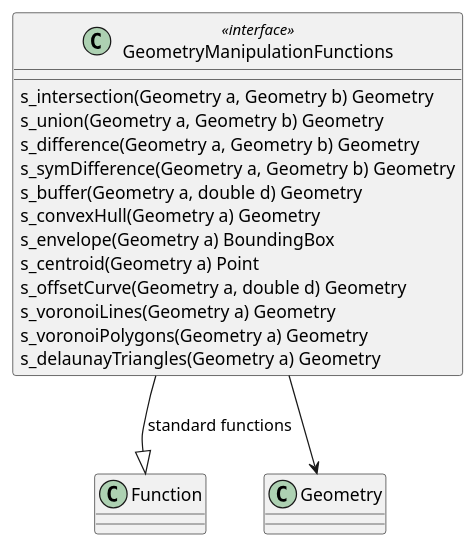
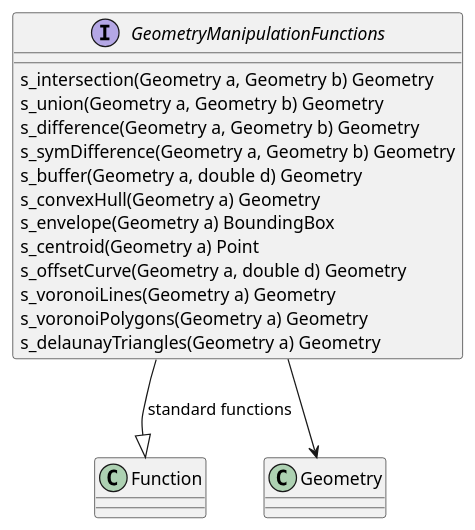
Before and after one commit to opengeospatial/styles-and-symbology: the ninth of 10 diagrams in core/sections/clause_18_functions.adoc, drawn with PlantUML. The commit also changed other lines of this file and 8 other files, not shown here.

Commit message:
correction to plantuml naming conventions

```diff
--- a/core/sections/clause_18_functions.adoc
+++ b/core/sections/clause_18_functions.adoc
@@ -571,18 +571,18 @@
 [plantuml, target=diagram-classes, format=png]
 ....
-class GeometryManipulationFunctions <<interface>>
+interface GeometryManipulationFunctions
 GeometryManipulationFunctions --|> Function : standard functions
 GeometryManipulationFunctions : s_intersection(Geometry a, Geometry b) Geometry
 GeometryManipulationFunctions : s_union(Geometry a, Geometry b) Geometry
 GeometryManipulationFunctions : s_difference(Geometry a, Geometry b) Geometry
 GeometryManipulationFunctions : s_symDifference(Geometry a, Geometry b) Geometry
 GeometryManipulationFunctions : s_buffer(Geometry a, double d) Geometry
 GeometryManipulationFunctions : s_convexHull(Geometry a) Geometry
 GeometryManipulationFunctions : s_envelope(Geometry a) BoundingBox
 GeometryManipulationFunctions : s_centroid(Geometry a) Point
 GeometryManipulationFunctions : s_offsetCurve(Geometry a, double d) Geometry
 GeometryManipulationFunctions : s_voronoiLines(Geometry a) Geometry
 GeometryManipulationFunctions : s_voronoiPolygons(Geometry a) Geometry
 GeometryManipulationFunctions : s_delaunayTriangles(Geometry a) Geometry
 GeometryManipulationFunctions --> Geometry
 ....
```
